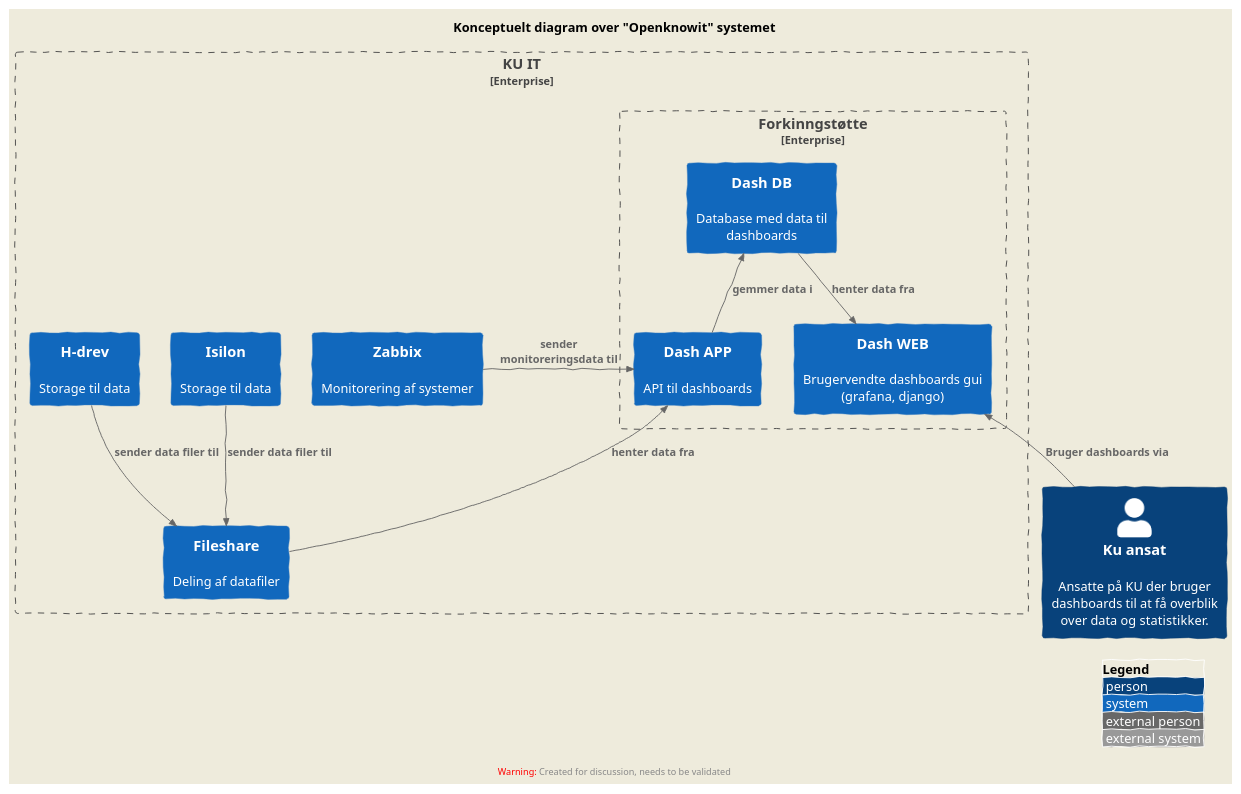
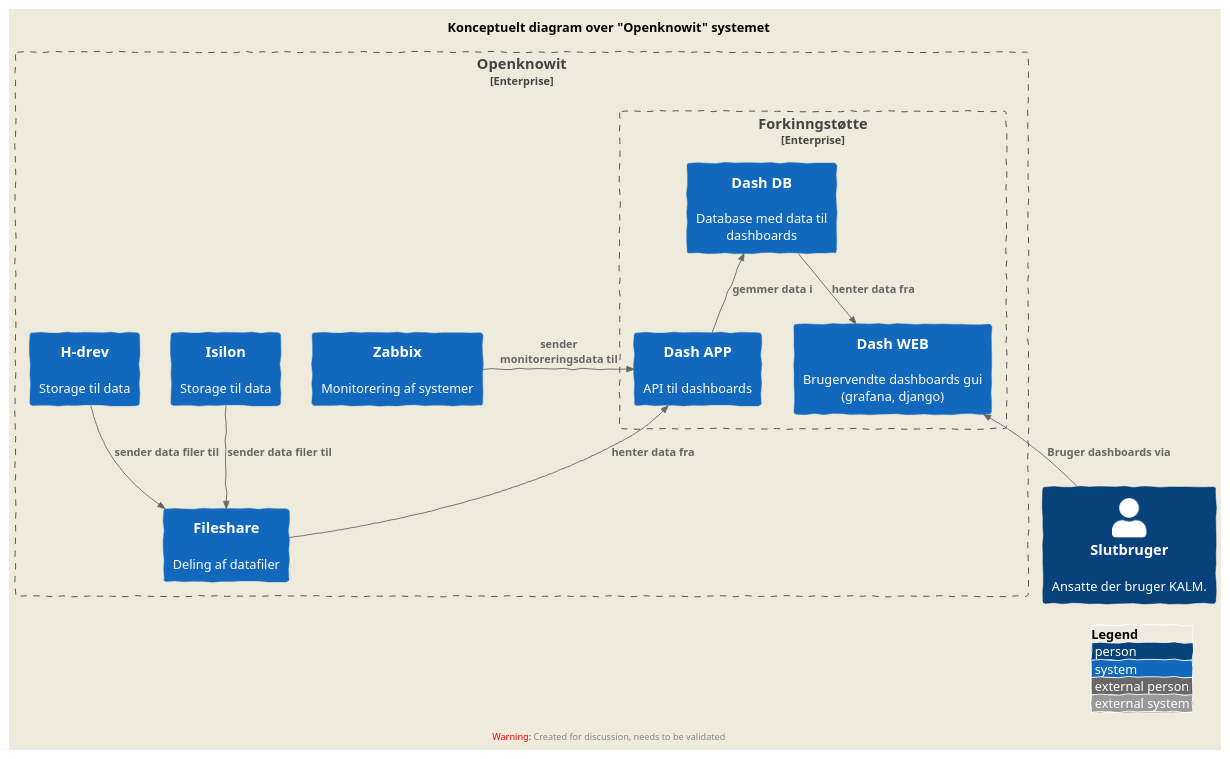
Before and after one commit to JakobHolstDK/infowall: the diagram in diagrams/openknowit.puml, drawn with PlantUML.

```diff
--- a/diagrams/openknowit.puml
+++ b/diagrams/openknowit.puml
@@ -2,38 +2,38 @@
 @startuml
 !include https://raw.githubusercontent.com/plantuml-stdlib/C4-PlantUML/master/C4_Context.puml
 
 ' uncomment the following line and comment the first to use locally
 ' !include C4_Context.puml
 
 LAYOUT_TOP_DOWN()
 LAYOUT_AS_SKETCH()
 LAYOUT_WITH_LEGEND()
 
 
 title  Konceptuelt diagram over "Openknowit" systemet
 
-Person(customer, "Ku ansat", "Ansatte på KU der bruger dashboards til at få overblik over data og statistikker.")
-Enterprise_Boundary(c0, "KU IT", "Københavns Universitets IT-afdeling") {
+Person(customer, "Slutbruger", "Ansatte der bruger KALM.")
+Enterprise_Boundary(c0, "Openknowit", "Openknowit systemet") {
 System(isilon, "Isilon", "Storage til data")
 System(Hdrives, "H-drev", "Storage til data")
 System(zabbix, "Zabbix", "Monitorering af systemer")
 System(fileshare, "Fileshare", "Deling af datafiler")
 
 
 
 
 Enterprise_Boundary(c1, "Forkinngstøtte", "Forkningstøtte på KU") {
     System(dashdb, "Dash DB", "Database med data til dashboards")
     System(dashweb, "Dash WEB", "Brugervendte dashboards gui (grafana, django)")
     System(dashapp, "Dash APP", "API til dashboards")
 }
 }
 Rel_U(customer, dashweb, "Bruger dashboards via")
 Rel_D(isilon, fileshare, "sender data filer til")
 Rel_D(Hdrives, fileshare, "sender data filer til")
 Rel_U(fileshare, dashapp, "henter data fra")
 Rel_Neighbor(zabbix, dashapp, "sender monitoreringsdata til")
 Rel_U(dashapp, dashdb, "gemmer data i")
 Rel_D(dashdb, dashweb, "henter data fra")
 
 @enduml
```
